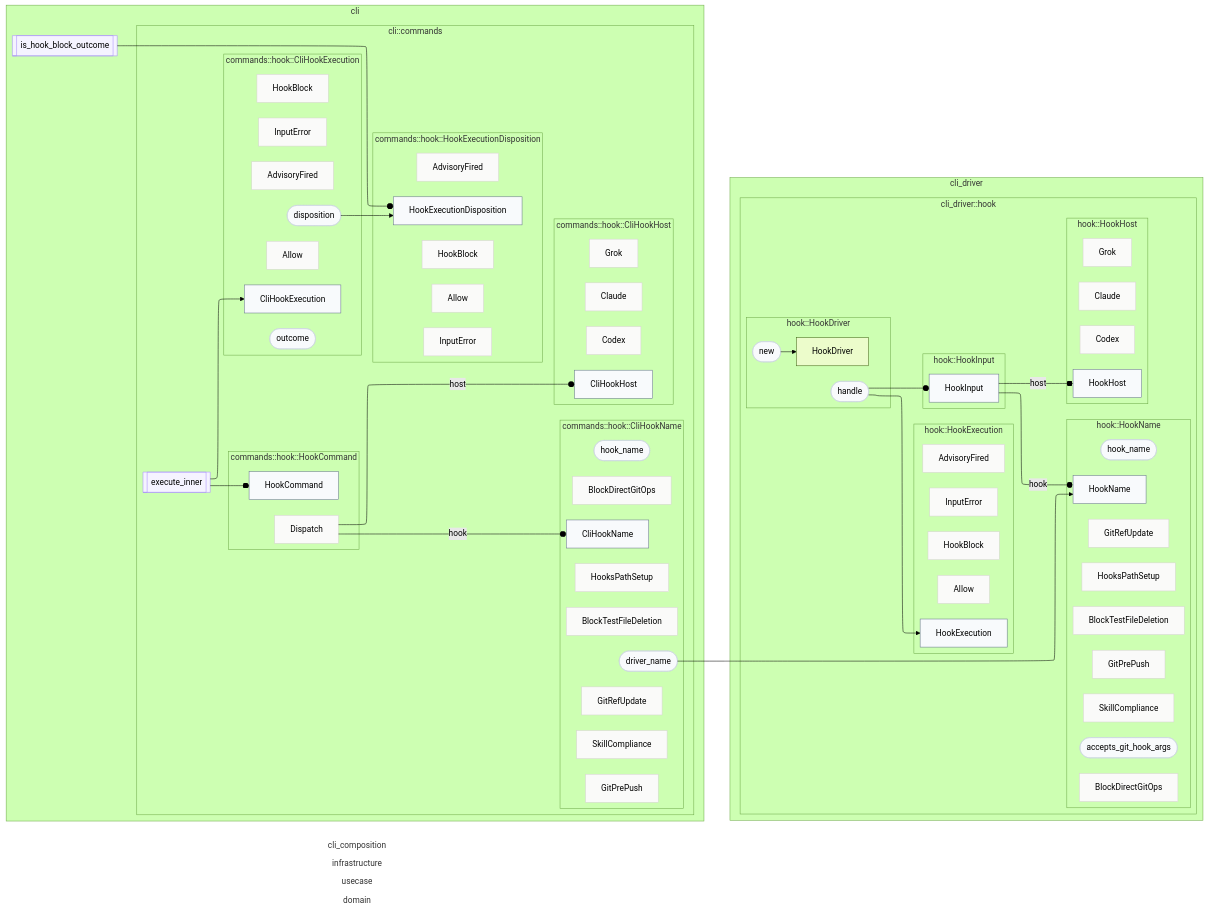
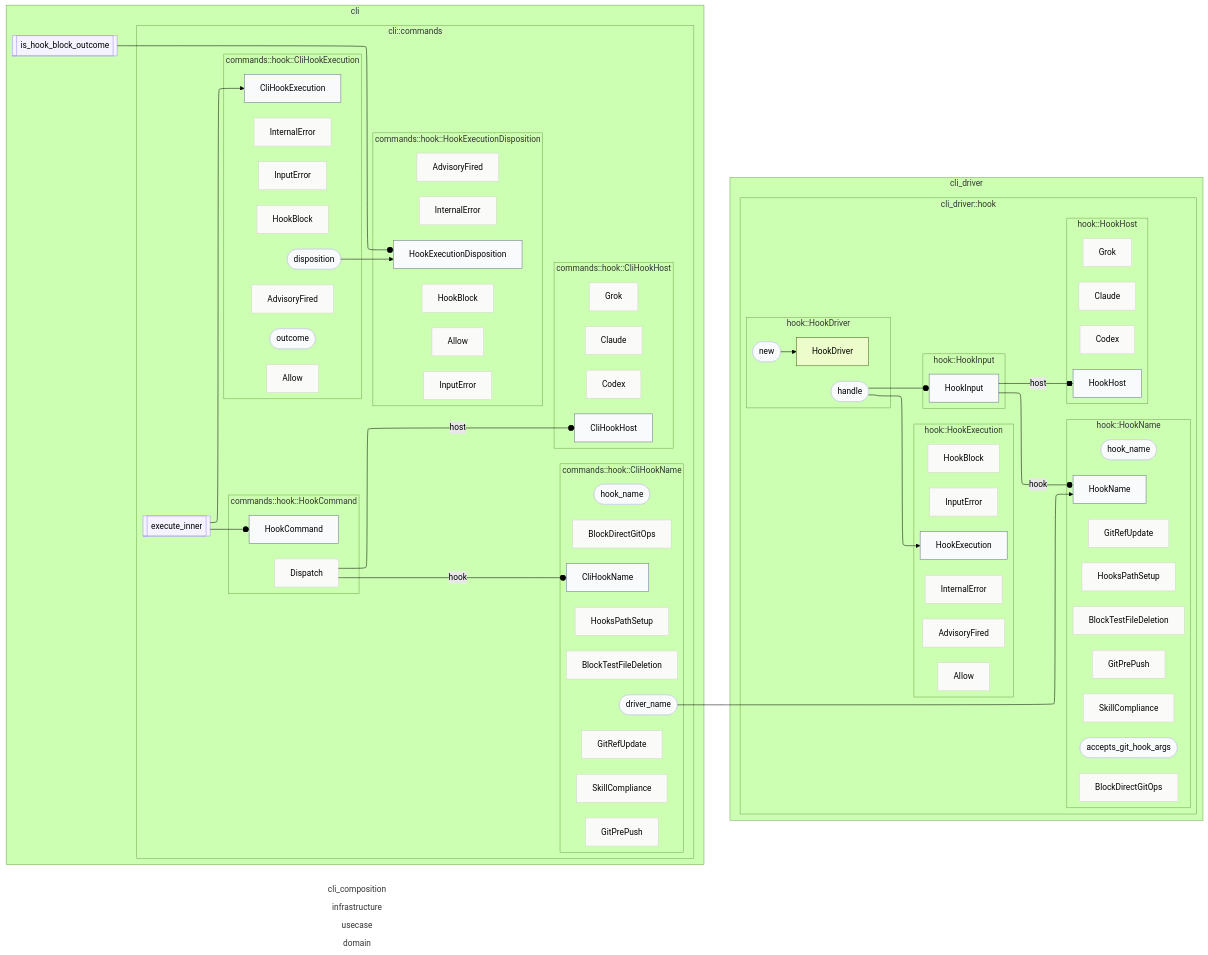
Before and after one commit to Flip451/SoTOHE-core: the diagram in track/items/2026-09-05-hook-explicit-host-input-contract/contract-map.md, drawn with Mermaid (forest theme). The commit also changed 19 other files, not shown here.

```diff
--- a/track/items/2026-09-05-hook-explicit-host-input-contract/contract-map.md
+++ b/track/items/2026-09-05-hook-explicit-host-input-contract/contract-map.md
@@ -49,6 +49,7 @@
     direction TB
     T77_10_636c695f647269766572_10_636c695f647269766572_13_486f6f6b457865637574696f6e__self[HookExecution]
     T77_10_636c695f647269766572_10_636c695f647269766572_13_486f6f6b457865637574696f6e_InputError[InputError]
+    T77_10_636c695f647269766572_10_636c695f647269766572_13_486f6f6b457865637574696f6e_InternalError[InternalError]
     T77_10_636c695f647269766572_10_636c695f647269766572_13_486f6f6b457865637574696f6e_HookBlock[HookBlock]
     T77_10_636c695f647269766572_10_636c695f647269766572_13_486f6f6b457865637574696f6e_AdvisoryFired[AdvisoryFired]
     T77_10_636c695f647269766572_10_636c695f647269766572_13_486f6f6b457865637574696f6e_Allow[Allow]
@@ -96,6 +97,7 @@
     direction TB
     T53_3_636c69_3_636c69_16_436c69486f6f6b457865637574696f6e__self[CliHookExecution]
     T53_3_636c69_3_636c69_16_436c69486f6f6b457865637574696f6e_InputError[InputError]
+    T53_3_636c69_3_636c69_16_436c69486f6f6b457865637574696f6e_InternalError[InternalError]
     T53_3_636c69_3_636c69_16_436c69486f6f6b457865637574696f6e_HookBlock[HookBlock]
     T53_3_636c69_3_636c69_16_436c69486f6f6b457865637574696f6e_AdvisoryFired[AdvisoryFired]
     T53_3_636c69_3_636c69_16_436c69486f6f6b457865637574696f6e_Allow[Allow]
@@ -113,6 +115,7 @@
     direction TB
     T69_3_636c69_3_636c69_24_486f6f6b457865637574696f6e446973706f736974696f6e__self[HookExecutionDisposition]
     T69_3_636c69_3_636c69_24_486f6f6b457865637574696f6e446973706f736974696f6e_InputError[InputError]
+    T69_3_636c69_3_636c69_24_486f6f6b457865637574696f6e446973706f736974696f6e_InternalError[InternalError]
     T69_3_636c69_3_636c69_24_486f6f6b457865637574696f6e446973706f736974696f6e_HookBlock[HookBlock]
     T69_3_636c69_3_636c69_24_486f6f6b457865637574696f6e446973706f736974696f6e_AdvisoryFired[AdvisoryFired]
     T69_3_636c69_3_636c69_24_486f6f6b457865637574696f6e446973706f736974696f6e_Allow[Allow]
@@ -150,6 +153,7 @@
 F89_3_636c69_3_636c69_34_636c693a3a636f6d6d616e64733a3a686f6f6b3a3a657865637574655f696e6e6572 --o T85_3_636c69_3_636c69_32_636c693a3a636f6d6d616e64733a3a686f6f6b3a3a486f6f6b436f6d6d616e64__self
 F89_3_636c69_3_636c69_34_636c693a3a636f6d6d616e64733a3a686f6f6b3a3a657865637574655f696e6e6572 --> T53_3_636c69_3_636c69_16_436c69486f6f6b457865637574696f6e__self
 class T77_10_636c695f647269766572_10_636c695f647269766572_13_486f6f6b457865637574696f6e_InputError variant_node
+class T77_10_636c695f647269766572_10_636c695f647269766572_13_486f6f6b457865637574696f6e_InternalError variant_node
 class T77_10_636c695f647269766572_10_636c695f647269766572_13_486f6f6b457865637574696f6e_HookBlock variant_node
 class T77_10_636c695f647269766572_10_636c695f647269766572_13_486f6f6b457865637574696f6e_AdvisoryFired variant_node
 class T77_10_636c695f647269766572_10_636c695f647269766572_13_486f6f6b457865637574696f6e_Allow variant_node
@@ -174,6 +178,7 @@
 class F73_3_636c69_3_636c69_26_636c693a3a69735f686f6f6b5f626c6f636b5f6f7574636f6d65 free_function
 class F73_3_636c69_3_636c69_26_636c693a3a69735f686f6f6b5f626c6f636b5f6f7574636f6d65 function_node
 class T53_3_636c69_3_636c69_16_436c69486f6f6b457865637574696f6e_InputError variant_node
+class T53_3_636c69_3_636c69_16_436c69486f6f6b457865637574696f6e_InternalError variant_node
 class T53_3_636c69_3_636c69_16_436c69486f6f6b457865637574696f6e_HookBlock variant_node
 class T53_3_636c69_3_636c69_16_436c69486f6f6b457865637574696f6e_AdvisoryFired variant_node
 class T53_3_636c69_3_636c69_16_436c69486f6f6b457865637574696f6e_Allow variant_node
@@ -185,6 +190,7 @@
 class T43_3_636c69_3_636c69_11_436c69486f6f6b486f7374_Grok variant_node
 class T43_3_636c69_3_636c69_11_436c69486f6f6b486f7374__self dto
 class T69_3_636c69_3_636c69_24_486f6f6b457865637574696f6e446973706f736974696f6e_InputError variant_node
+class T69_3_636c69_3_636c69_24_486f6f6b457865637574696f6e446973706f736974696f6e_InternalError variant_node
 class T69_3_636c69_3_636c69_24_486f6f6b457865637574696f6e446973706f736974696f6e_HookBlock variant_node
 class T69_3_636c69_3_636c69_24_486f6f6b457865637574696f6e446973706f736974696f6e_AdvisoryFired variant_node
 class T69_3_636c69_3_636c69_24_486f6f6b457865637574696f6e446973706f736974696f6e_Allow variant_node
```
